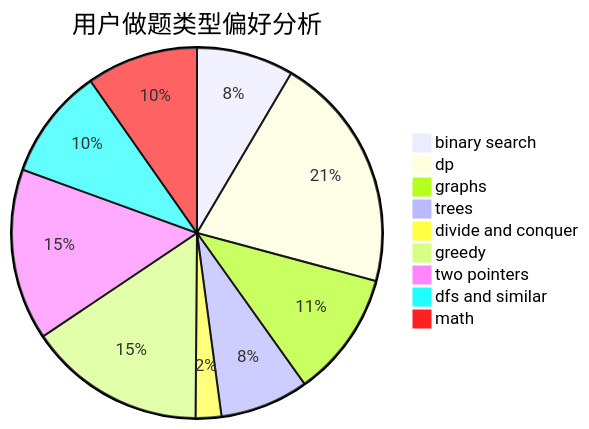
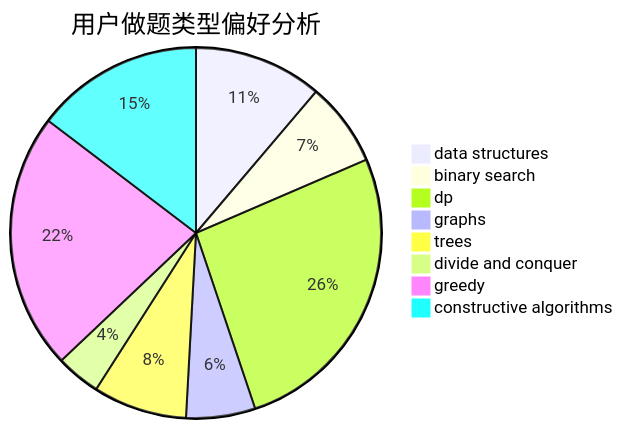
Before and after one commit to sherpahu/cfrs.github.io: the second of 3 diagrams in docs/user/u1184.md, drawn with Mermaid. The commit also changed other lines of this file and 2775 other files, not shown here.

````diff
--- a/docs/user/u1184.md
+++ b/docs/user/u1184.md
@@ -23,12 +23,11 @@
 ```mermaid
 pie title 用户做题类型偏好分析
-    "binary search" :  34
-    "dp" :  83
-    "graphs" :  44
-    "trees" :  31
+    "data structures" :  26
+    "binary search" :  17
+    "dp" :  61
+    "graphs" :  14
+    "trees" :  19
     "divide and conquer" :  9
-    "greedy" :  62
-    "two pointers" :  60
-    "dfs and similar" :  39
-    "math" :  39
+    "greedy" :  52
+    "constructive algorithms" :  34
 ```
````
